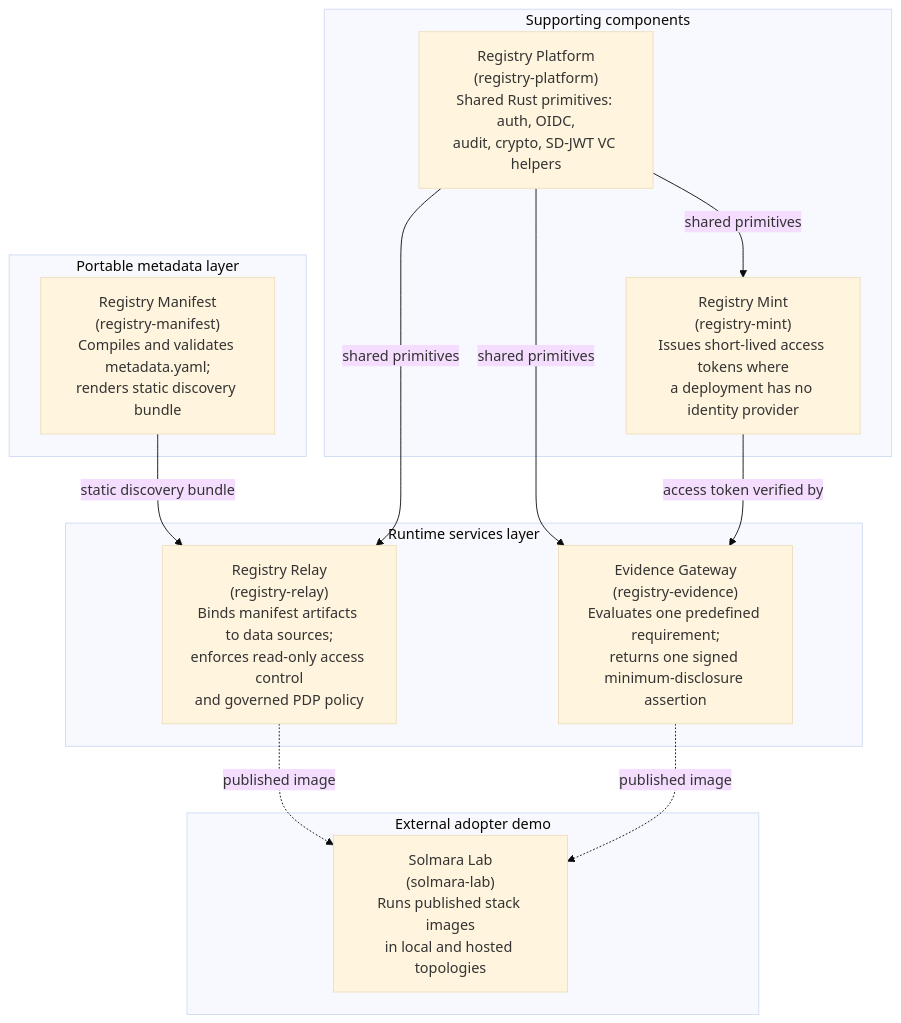
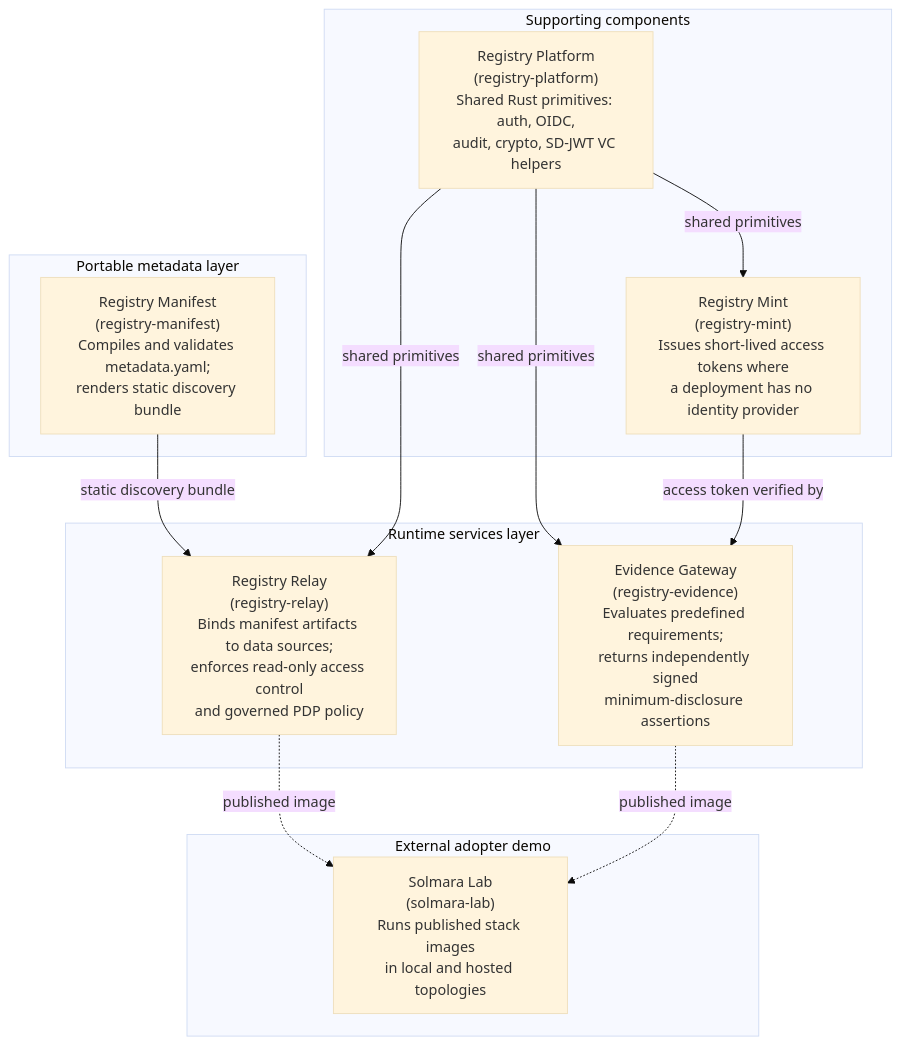
One commit to registrystack/registry-stack changed the diagram in docs/site/src/content/docs/spec/rs-arc-g.mdx. Above: the diagram before and after it, drawn with Mermaid (base theme). The commit also changed other lines of this file and 8 other files, not shown here.

````diff
--- a/docs/site/src/content/docs/spec/rs-arc-g.mdx
+++ b/docs/site/src/content/docs/spec/rs-arc-g.mdx
@@ -88,28 +89,28 @@
 ```mermaid
 flowchart TD
     subgraph portable["Portable metadata layer"]
         manifest["Registry Manifest<br/>(registry-manifest)<br/>Compiles and validates metadata.yaml;<br/>renders static discovery bundle"]
     end
 
     subgraph runtime["Runtime services layer"]
         relay["Registry Relay<br/>(registry-relay)<br/>Binds manifest artifacts to data sources;<br/>enforces read-only access control<br/>and governed PDP policy"]
-        evidence["Evidence Gateway<br/>(registry-evidence)<br/>Evaluates one predefined requirement;<br/>returns one signed minimum-disclosure assertion"]
+        evidence["Evidence Gateway<br/>(registry-evidence)<br/>Evaluates predefined requirements;<br/>returns independently signed<br/>minimum-disclosure assertions"]
     end
 
     subgraph support["Supporting components"]
         platform["Registry Platform<br/>(registry-platform)<br/>Shared Rust primitives: auth, OIDC,<br/>audit, crypto, SD-JWT VC helpers"]
         mint["Registry Mint<br/>(registry-mint)<br/>Issues short-lived access tokens where<br/>a deployment has no identity provider"]
     end
 
     subgraph adopter["External adopter demo"]
         solmara["Solmara Lab<br/>(solmara-lab)<br/>Runs published stack images<br/>in local and hosted topologies"]
     end
 
     manifest -- "static discovery bundle" --> relay
     platform -- "shared primitives" --> relay
     platform -- "shared primitives" --> evidence
     platform -- "shared primitives" --> mint
     mint -- "access token verified by" --> evidence
     relay -. "published image" .-> solmara
     evidence -. "published image" .-> solmara
 ```
````
